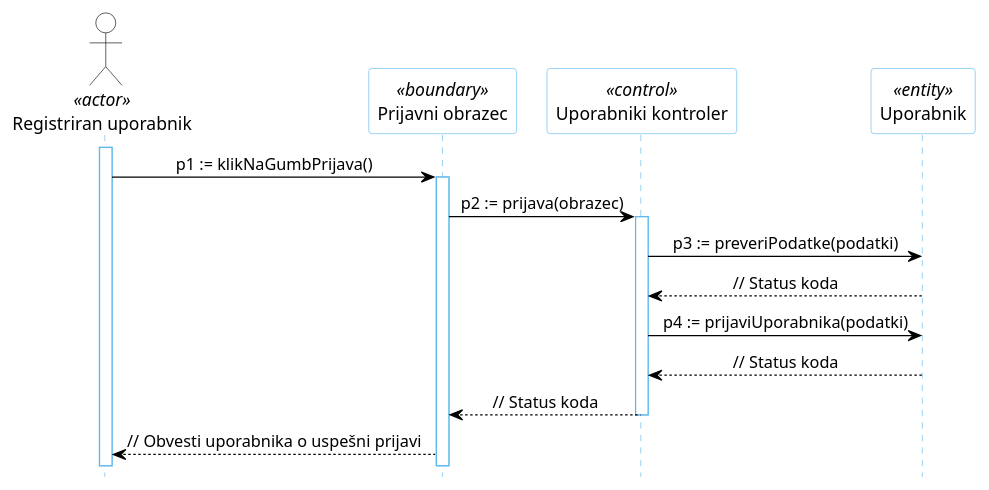
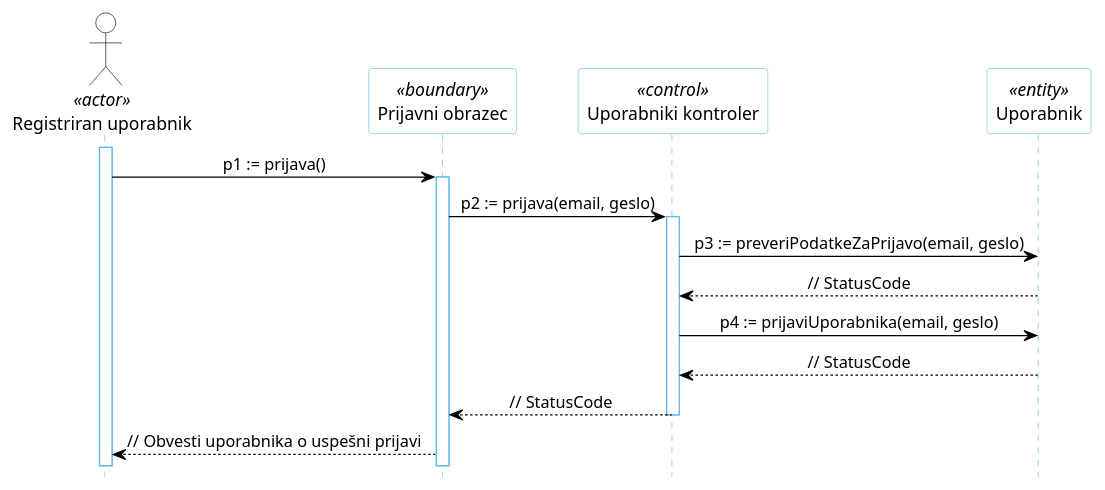
Before and after one commit to kupinah/test-tpo: the diagram in docs/gradivo/plantuml/DZ/02a.puml, drawn with PlantUML. The commit also changed 36 other files, not shown here.

```diff
--- a/docs/gradivo/plantuml/DZ/02a.puml
+++ b/docs/gradivo/plantuml/DZ/02a.puml
@@ -1,31 +1,31 @@
 @startuml
 hide footbox
 
 skinparam backgroundcolor transparent
 skinparam defaultTextAlignment center
 skinparam actorBorderColor black
 skinparam actorBackgroundColor white
 skinparam arrowColor black  
 skinparam sequenceLifeLineBorderColor #5FB8EC
 skinparam sequenceParticipantBorderColor #5FB8EC
 skinparam sequenceParticipantBackgroundColor white
 
 actor "Registriran uporabnik" AS U1 <<actor>>
 
 participant "Prijavni obrazec" as R5 <<boundary>>
 participant "Uporabniki kontroler" as R2 <<control>>
 participant "Uporabnik" as R4 <<entity>>
 
 activate U1
-U1 -> R5: p1 := klikNaGumbPrijava()
+U1 -> R5: p1 := prijava()
 activate R5
-R5 -> R2: p2 := prijava(obrazec)
+R5 -> R2: p2 := prijava(email, geslo)
 activate R2
-R2 -> R4: p3 := preveriPodatke(podatki)
-R4 --> R2: // Status koda
-R2 -> R4: p4 := prijaviUporabnika(podatki)
-R4 --> R2: // Status koda
-R2 --> R5: // Status koda
+R2 -> R4: p3 := preveriPodatkeZaPrijavo(email, geslo)
+R4 --> R2: // StatusCode
+R2 -> R4: p4 := prijaviUporabnika(email, geslo)
+R4 --> R2: // StatusCode
+R2 --> R5: // StatusCode
 deactivate R2
 R5 --> U1: // Obvesti uporabnika o uspešni prijavi
 @enduml
```
